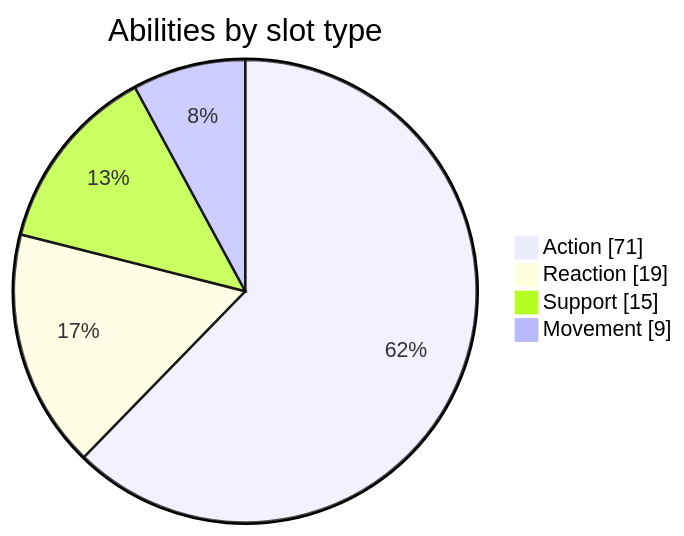
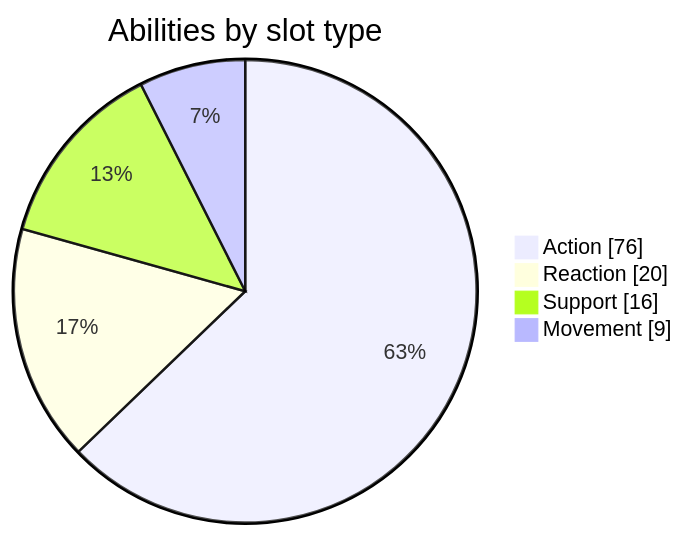
Before and after one commit to CptNope/Chess-RPG-Tactics: the second of 4 diagrams in docs/CONTENT_REFERENCE.md, drawn with Mermaid. The commit also changed other lines of this file and 25 other files, not shown here.

````diff
--- a/docs/CONTENT_REFERENCE.md
+++ b/docs/CONTENT_REFERENCE.md
@@ -134,7 +138,7 @@
 ```mermaid
 pie showData title Abilities by slot type
-  "Action" : 71
-  "Reaction" : 19
-  "Support" : 15
+  "Action" : 76
+  "Reaction" : 20
+  "Support" : 16
   "Movement" : 9
 ```
````
